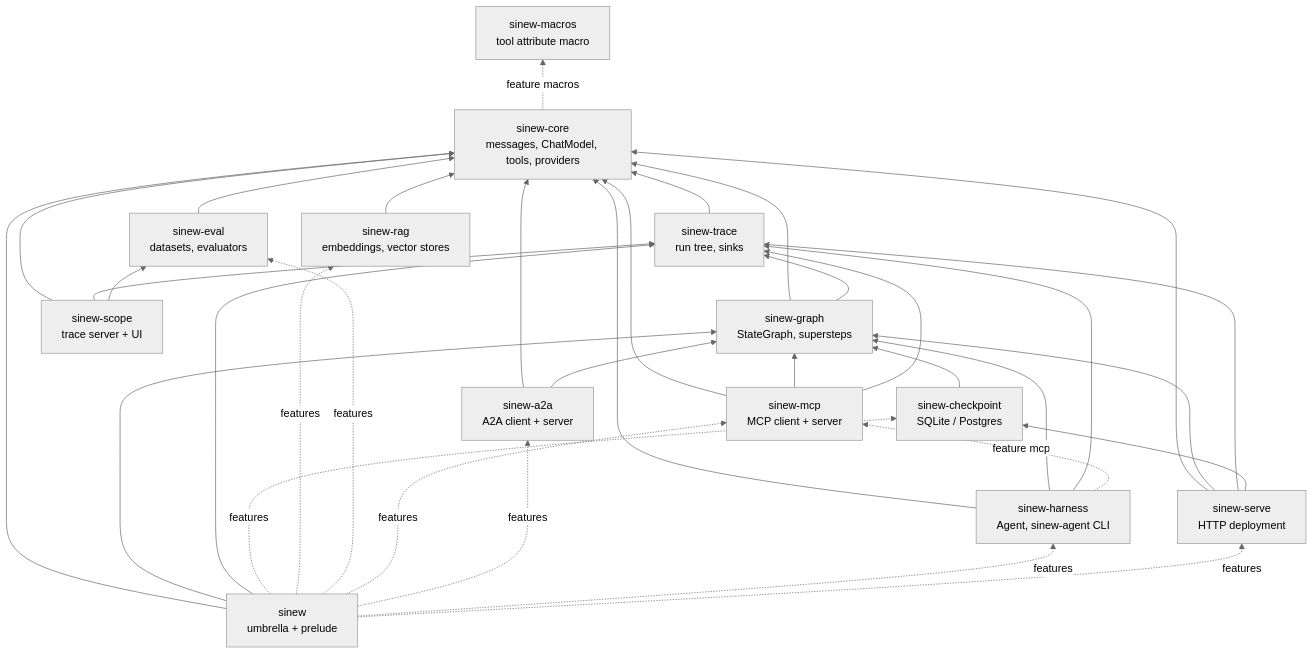
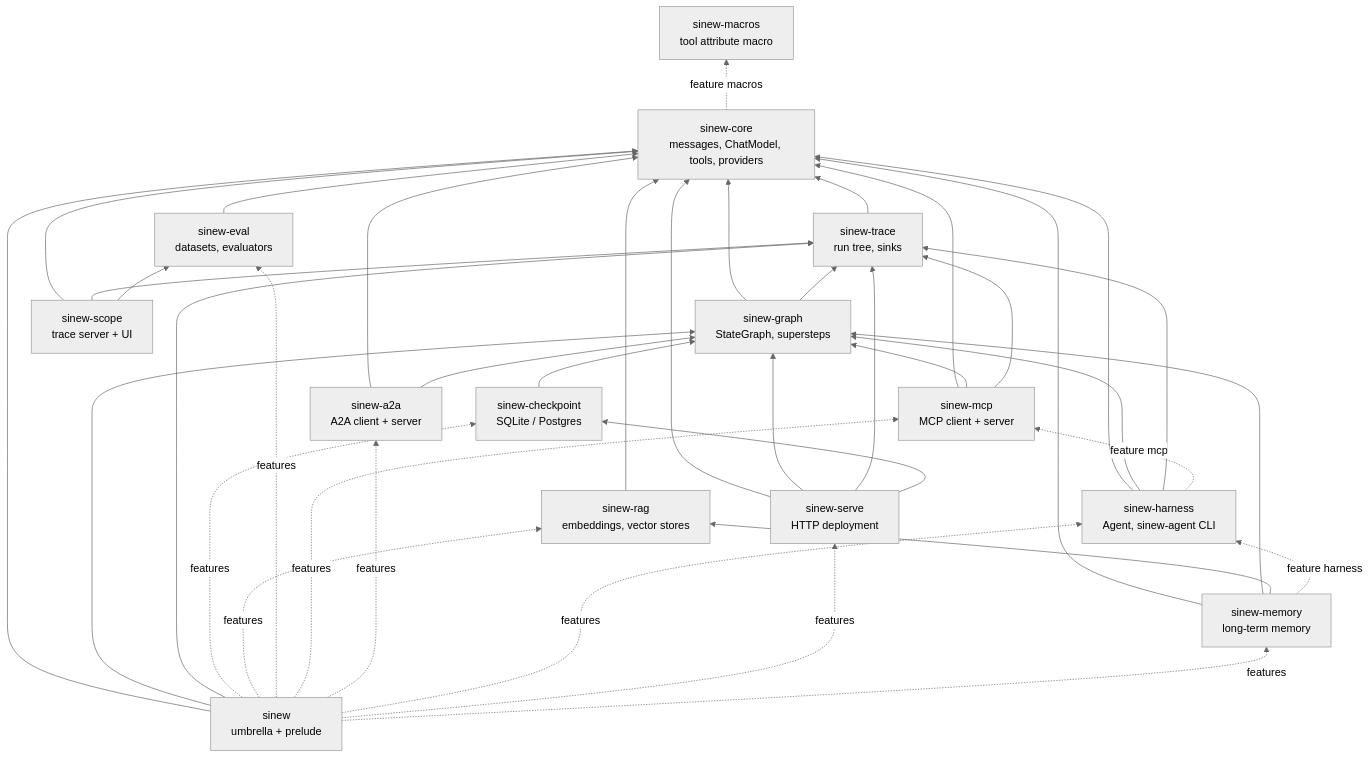
The first of 2 diagrams in docs/architecture.md (roanbrasil/sinew), drawn with Mermaid (neutral theme) before and after one commit. The commit also changed other lines of this file and 21 other files, not shown here.

First line of the commit message:
feat(memory): long-term memory across threads (sinew-memory)

````diff
--- a/docs/architecture.md
+++ b/docs/architecture.md
@@ -14,50 +14,56 @@
 ```mermaid
 flowchart BT
     n_macros["sinew-macros<br/>tool attribute macro"]
     n_core["sinew-core<br/>messages, ChatModel, tools, providers"]
     n_trace["sinew-trace<br/>run tree, sinks"]
     n_graph["sinew-graph<br/>StateGraph, supersteps"]
     n_rag["sinew-rag<br/>embeddings, vector stores"]
     n_eval["sinew-eval<br/>datasets, evaluators"]
     n_checkpoint["sinew-checkpoint<br/>SQLite / Postgres"]
     n_mcp["sinew-mcp<br/>MCP client + server"]
     n_a2a["sinew-a2a<br/>A2A client + server"]
     n_harness["sinew-harness<br/>Agent, sinew-agent CLI"]
     n_serve["sinew-serve<br/>HTTP deployment"]
+    n_memory["sinew-memory<br/>long-term memory"]
     n_scope["sinew-scope<br/>trace server + UI"]
     n_umbrella["sinew<br/>umbrella + prelude"]
 
     n_core -. feature macros .-> n_macros
     n_trace --> n_core
     n_graph --> n_core
     n_graph --> n_trace
     n_rag --> n_core
     n_eval --> n_core
     n_checkpoint --> n_graph
     n_mcp --> n_core
     n_mcp --> n_graph
     n_mcp --> n_trace
     n_a2a --> n_core
     n_a2a --> n_graph
     n_harness --> n_core
     n_harness --> n_graph
     n_harness --> n_trace
     n_harness -. feature mcp .-> n_mcp
+    n_memory --> n_core
+    n_memory --> n_graph
+    n_memory --> n_rag
+    n_memory -. feature harness .-> n_harness
     n_serve --> n_core
     n_serve --> n_graph
     n_serve --> n_trace
     n_serve --> n_checkpoint
     n_scope --> n_core
     n_scope --> n_trace
     n_scope --> n_eval
     n_umbrella --> n_core
     n_umbrella --> n_graph
     n_umbrella --> n_trace
     n_umbrella -. features .-> n_checkpoint
     n_umbrella -. features .-> n_rag
     n_umbrella -. features .-> n_eval
     n_umbrella -. features .-> n_mcp
     n_umbrella -. features .-> n_a2a
     n_umbrella -. features .-> n_harness
     n_umbrella -. features .-> n_serve
+    n_umbrella -. features .-> n_memory
 ```
````
